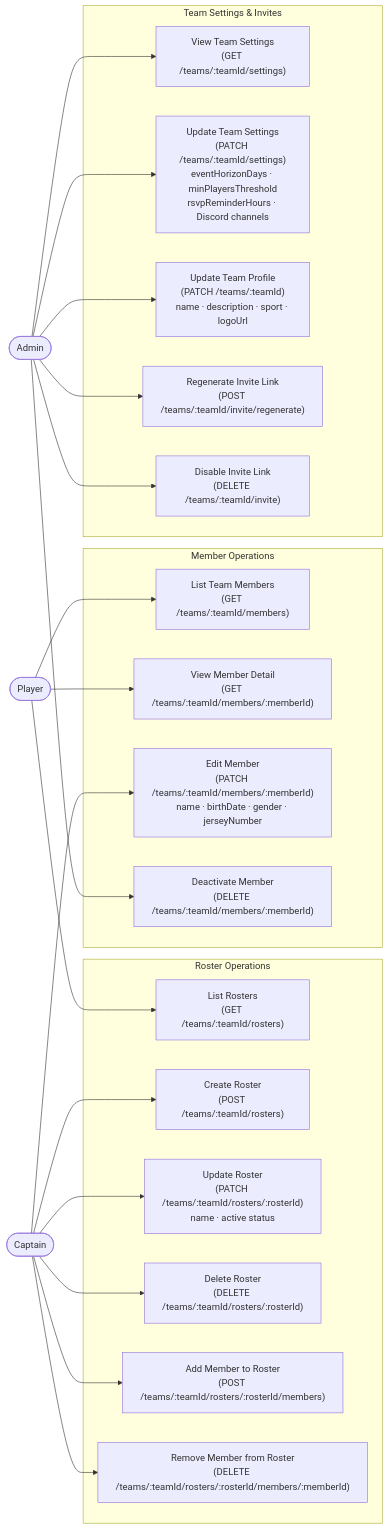
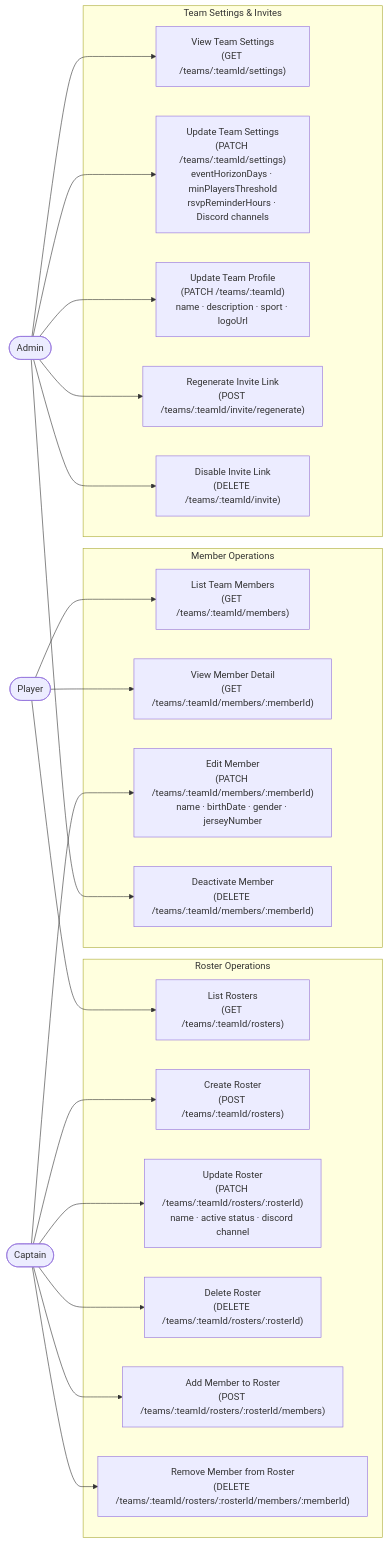
The third of 9 diagrams in docs/thesis/use-cases.md (maxa-ondrej/sideline), drawn with Mermaid before and after one commit. The commit also changed 56 other files, not shown here.

First line of the commit message:
Add discord channel linking to rosters (#146)

````diff
--- a/docs/thesis/use-cases.md
+++ b/docs/thesis/use-cases.md
@@ -180,46 +180,46 @@
 ```mermaid
 flowchart LR
     PL(["Player"])
     CP(["Captain"])
     AD(["Admin"])
 
     subgraph MEMBER["Member Operations"]
         UC_LIST_MEMBERS["List Team Members\n(GET /teams/:teamId/members)"]
         UC_GET_MEMBER["View Member Detail\n(GET /teams/:teamId/members/:memberId)"]
         UC_EDIT_MEMBER["Edit Member\n(PATCH /teams/:teamId/members/:memberId)\nname · birthDate · gender · jerseyNumber"]
         UC_REMOVE_MEMBER["Deactivate Member\n(DELETE /teams/:teamId/members/:memberId)"]
     end
 
     subgraph ROSTER["Roster Operations"]
         UC_LIST_ROSTERS["List Rosters\n(GET /teams/:teamId/rosters)"]
         UC_CREATE_ROSTER["Create Roster\n(POST /teams/:teamId/rosters)"]
-        UC_UPDATE_ROSTER["Update Roster\n(PATCH /teams/:teamId/rosters/:rosterId)\nname · active status"]
+        UC_UPDATE_ROSTER["Update Roster\n(PATCH /teams/:teamId/rosters/:rosterId)\nname · active status · discord channel"]
         UC_DELETE_ROSTER["Delete Roster\n(DELETE /teams/:teamId/rosters/:rosterId)"]
         UC_ADD_ROSTER_MEMBER["Add Member to Roster\n(POST /teams/:teamId/rosters/:rosterId/members)"]
         UC_REMOVE_ROSTER_MEMBER["Remove Member from Roster\n(DELETE /teams/:teamId/rosters/:rosterId/members/:memberId)"]
     end
 
     subgraph SETTINGS["Team Settings & Invites"]
         UC_GET_SETTINGS["View Team Settings\n(GET /teams/:teamId/settings)"]
         UC_UPDATE_SETTINGS["Update Team Settings\n(PATCH /teams/:teamId/settings)\neventHorizonDays · minPlayersThreshold\nrsvpReminderHours · Discord channels"]
         UC_UPDATE_TEAM["Update Team Profile\n(PATCH /teams/:teamId)\nname · description · sport · logoUrl"]
         UC_REGEN_INVITE["Regenerate Invite Link\n(POST /teams/:teamId/invite/regenerate)"]
         UC_DISABLE_INVITE["Disable Invite Link\n(DELETE /teams/:teamId/invite)"]
     end
 
     PL --> UC_LIST_MEMBERS
     PL --> UC_GET_MEMBER
     PL --> UC_LIST_ROSTERS
     CP --> UC_EDIT_MEMBER
     CP --> UC_CREATE_ROSTER
     CP --> UC_UPDATE_ROSTER
     CP --> UC_DELETE_ROSTER
     CP --> UC_ADD_ROSTER_MEMBER
     CP --> UC_REMOVE_ROSTER_MEMBER
     AD --> UC_REMOVE_MEMBER
     AD --> UC_GET_SETTINGS
     AD --> UC_UPDATE_SETTINGS
     AD --> UC_UPDATE_TEAM
     AD --> UC_REGEN_INVITE
     AD --> UC_DISABLE_INVITE
 ```
````
